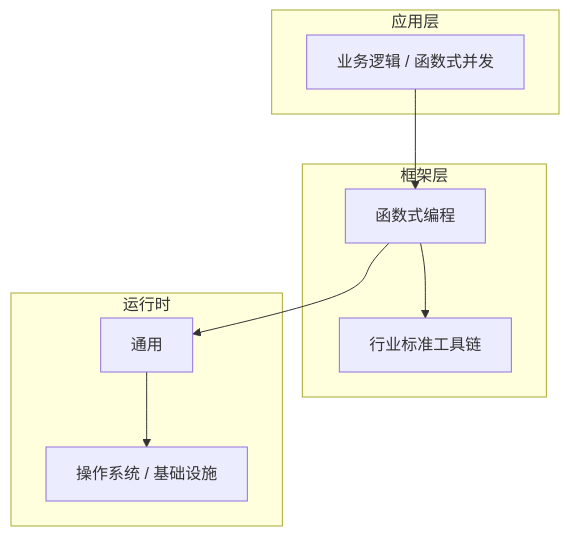
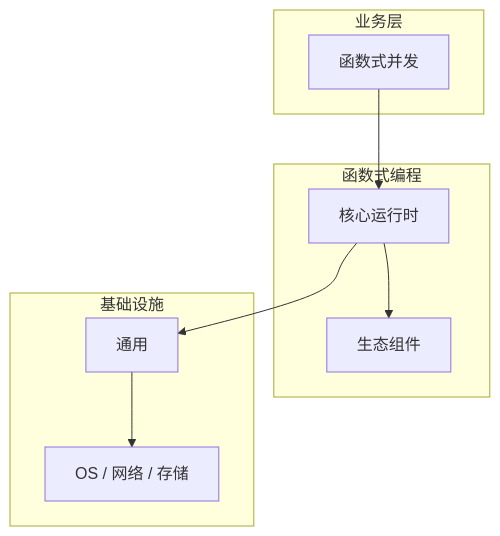
One commit to yanggan2015/knowledge-json-v2 changed the diagram in articles/函数式编程/chapters/071-函数式并发核心概念与原理.md. Above: the diagram before and after it, drawn with Mermaid. The commit also changed other lines of this file and 10127 other files, not shown here.

````diff
--- a/articles/函数式编程/chapters/071-函数式并发核心概念与原理.md
+++ b/articles/函数式编程/chapters/071-函数式并发核心概念与原理.md
@@ -45,18 +34,18 @@
 ```mermaid
 graph TB
-    subgraph 应用层
-        A[业务逻辑 / 函数式并发]
+    subgraph 业务层
+        A[函数式并发]
     end
-    subgraph 框架层
-        B[函数式编程]
-        C[行业标准工具链]
+    subgraph 函数式编程
+        B[核心运行时]
+        C[生态组件]
     end
-    subgraph 运行时
+    subgraph 基础设施
         D[通用]
-        E[操作系统 / 基础设施]
+        E[OS / 网络 / 存储]
     end
     A --> B
     B --> C
     B --> D
     D --> E
 ```
````
